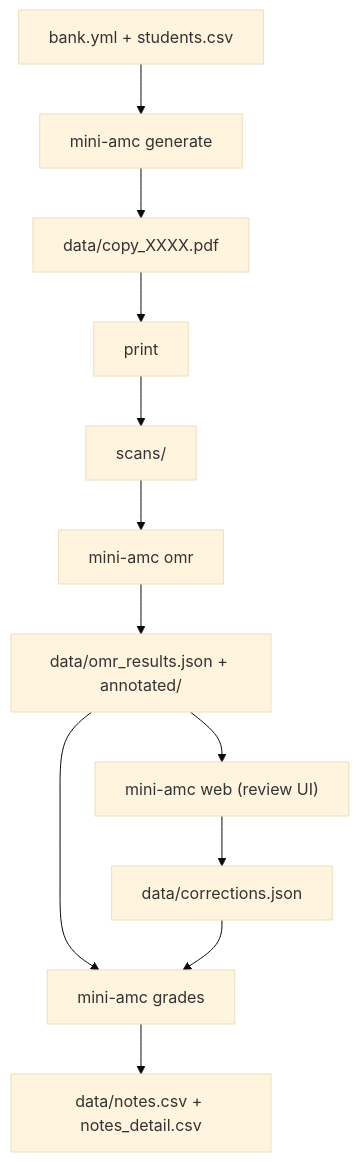
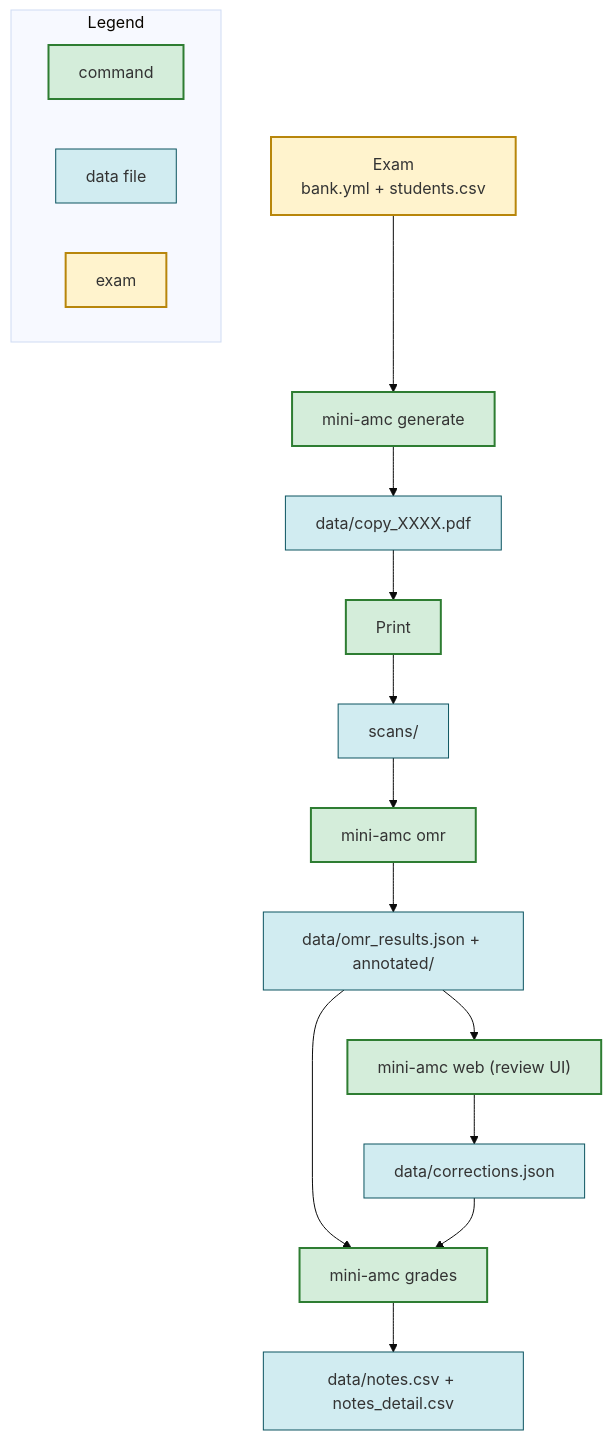
Before and after one commit to boileaum/mini-amc: the diagram in README.md, drawn with Mermaid (base theme).

Commit message:
README: Mermaid pipeline with exam/command/data node styles + legend
Generated by Mistral Vibe.

````diff
--- a/README.md
+++ b/README.md
@@ -34,13 +34,26 @@
 ```mermaid
 flowchart TD
-  bank["bank.yml + students.csv"] --> gen["mini-amc generate"]
-  gen --> pdf["data/copy_XXXX.pdf"]
-  pdf --> print["print"] --> scans["scans/"]
-  scans --> omr["mini-amc omr"]
-  omr --> res["data/omr_results.json + annotated/"]
-  res --> web["mini-amc web (review UI)"]
-  web --> corr["data/corrections.json"]
-  res --> grades["mini-amc grades"]
+  classDef exam fill:#fff3cd,stroke:#b8860b,stroke-width:2px
+  classDef tool fill:#d4edda,stroke:#2e7d32,stroke-width:2px
+  classDef data fill:#d1ecf1,stroke:#0c5460
+
+  exam["Exam<br/>bank.yml + students.csv"]:::exam
+  exam --> gen["mini-amc generate"]:::tool
+  gen --> pdf["data/copy_XXXX.pdf"]:::data
+  pdf --> print["Print"]:::tool
+  print --> scans["scans/"]:::data
+  scans --> omr["mini-amc omr"]:::tool
+  omr --> res["data/omr_results.json + annotated/"]:::data
+  res --> web["mini-amc web (review UI)"]:::tool
+  res --> grades["mini-amc grades"]:::tool
+  web --> corr["data/corrections.json"]:::data
   corr --> grades
-  grades --> notes["data/notes.csv + notes_detail.csv"]
+  grades --> notes["data/notes.csv + notes_detail.csv"]:::data
+
+  subgraph legend["Legend"]
+    direction LR
+    lt["command"]:::tool
+    ld["data file"]:::data
+    le["exam"]:::exam
+  end
 ```
````
